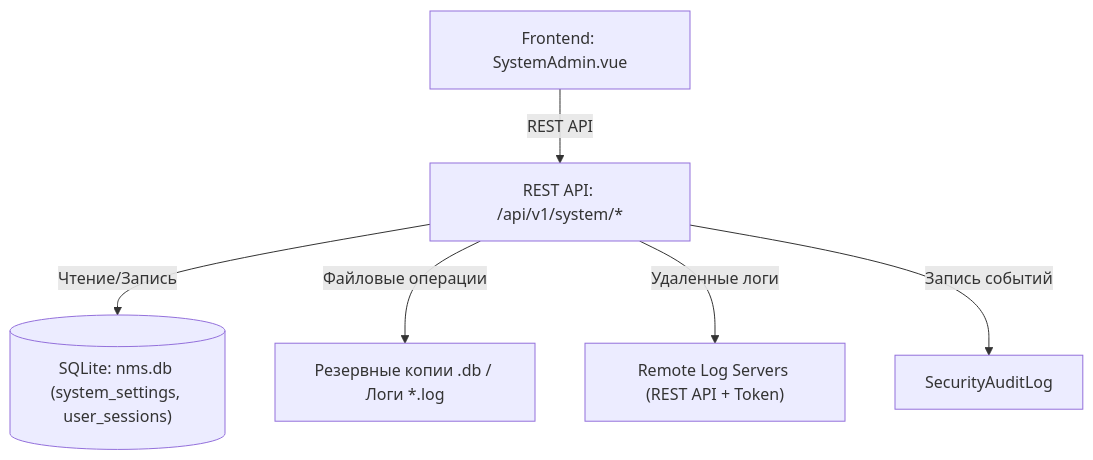
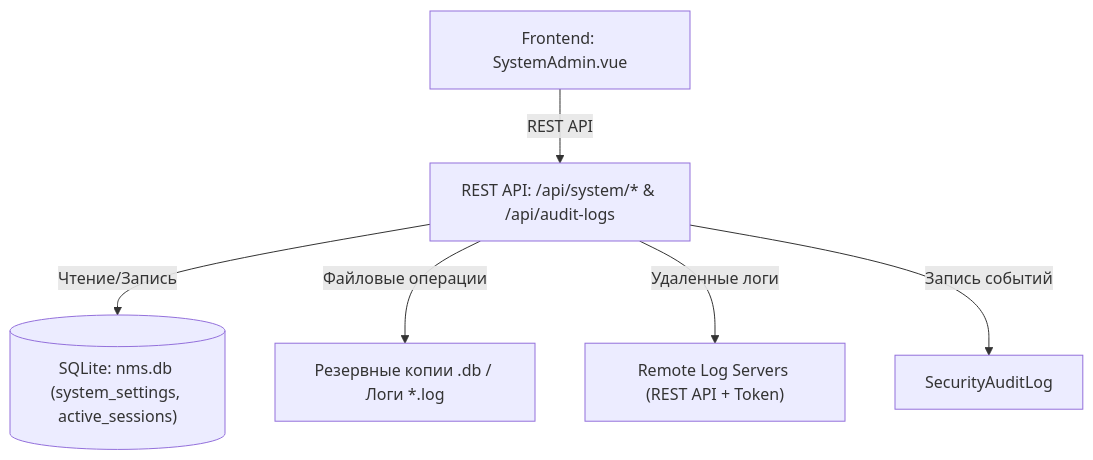
One commit to Apofixc/nms-webui changed the diagram in docs/wiki/02-usage/06-system-administration.md. Above: the diagram before and after it, drawn with Mermaid. The commit also changed other lines of this file and 21 other files, not shown here.

````diff
--- a/docs/wiki/02-usage/06-system-administration.md
+++ b/docs/wiki/02-usage/06-system-administration.md
@@ -89,8 +89,8 @@
 ```mermaid
 graph TD
-    UI["Frontend: SystemAdmin.vue"] -->|REST API| API["REST API: /api/v1/system/*"]
-    API -->|Чтение/Запись| DB[("SQLite: nms.db (system_settings, user_sessions)")]
+    UI["Frontend: SystemAdmin.vue"] -->|REST API| API["REST API: /api/system/* & /api/audit-logs"]
+    API -->|Чтение/Запись| DB[("SQLite: nms.db (system_settings, active_sessions)")]
     API -->|Файловые операции| FS["Резервные копии .db / Логи *.log"]
     API -->|Удаленные логи| RemoteServer["Remote Log Servers (REST API + Token)"]
     API -->|Запись событий| Audit["SecurityAuditLog"]
 ```
````
